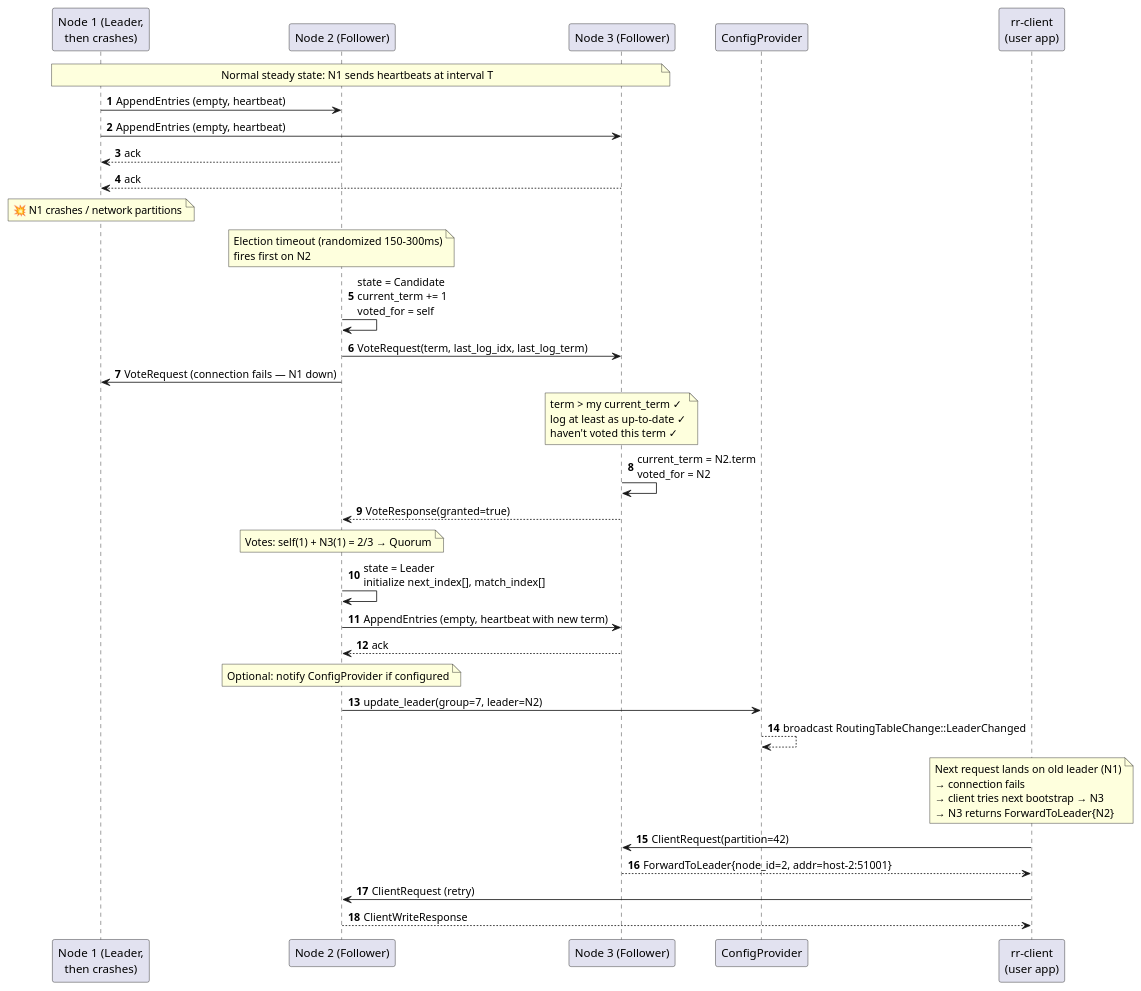
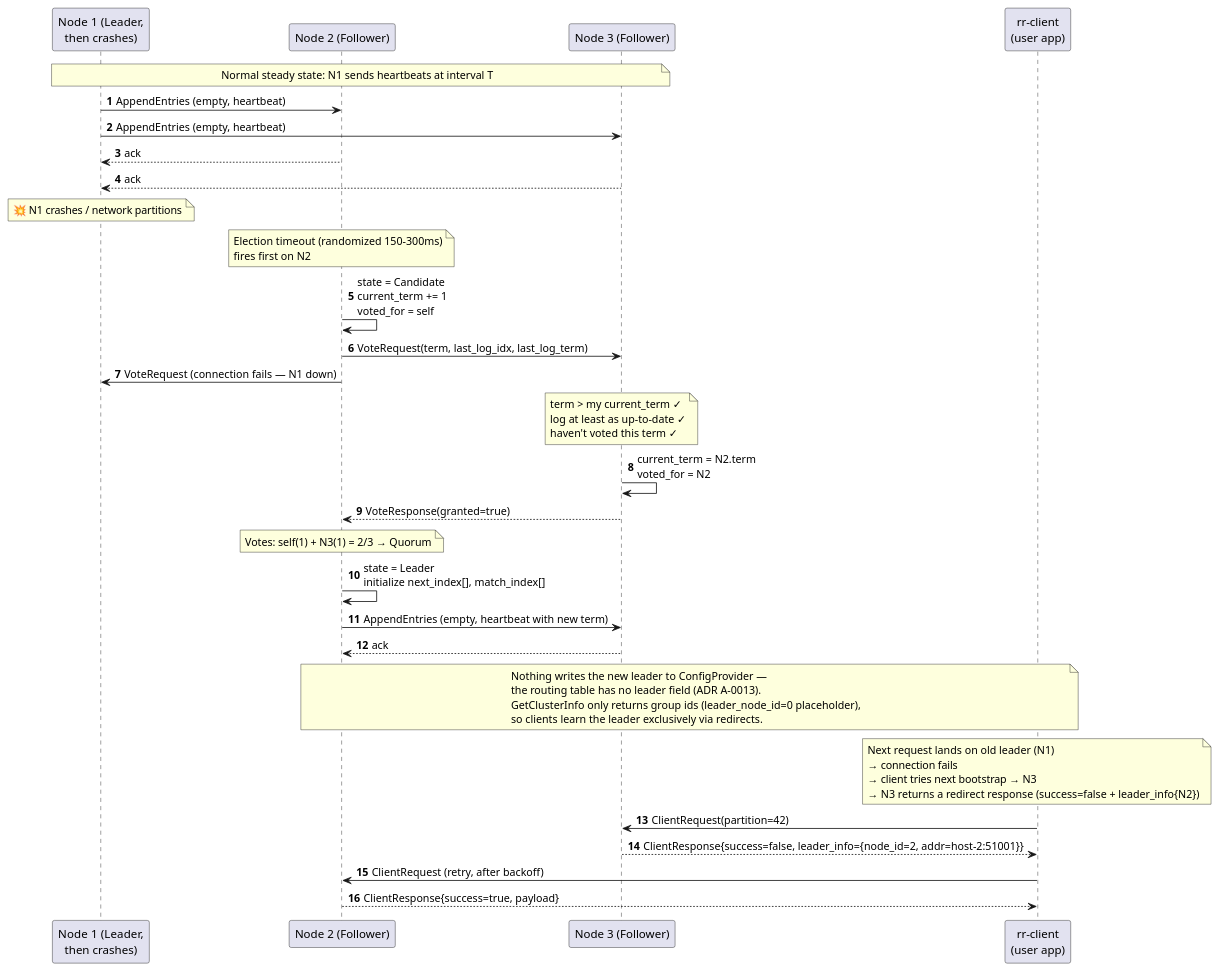
One commit to gardenias/rr changed the second of 3 diagrams in docs/docs/architecture/c4/dynamic-leader-election.md. Above: the diagram before and after it, drawn with PlantUML. The commit also changed other lines of this file and 18 other files, not shown here.

First line of the commit message:
docs(architecture): correct factual drift against current code

````diff
--- a/docs/docs/architecture/c4/dynamic-leader-election.md
+++ b/docs/docs/architecture/c4/dynamic-leader-election.md
@@ -51,43 +49,40 @@
 ```plantuml
 @startuml
 autonumber
 participant N1 as "Node 1 (Leader,\nthen crashes)"
 participant N2 as "Node 2 (Follower)"
 participant N3 as "Node 3 (Follower)"
-participant Cfg as "ConfigProvider"
 participant Client as "rr-client\n(user app)"
 
 note over N1, N3 : Normal steady state: N1 sends heartbeats at interval T
 N1 -> N2 : AppendEntries (empty, heartbeat)
 N1 -> N3 : AppendEntries (empty, heartbeat)
 N2 --> N1 : ack
 N3 --> N1 : ack
 
 note over N1 : 💥 N1 crashes / network partitions
 
 note over N2 : Election timeout (randomized 150-300ms)\nfires first on N2
 N2 -> N2 : state = Candidate\ncurrent_term += 1\nvoted_for = self
 N2 -> N3 : VoteRequest(term, last_log_idx, last_log_term)
 N2 -> N1 : VoteRequest (connection fails — N1 down)
 
 note over N3 : term > my current_term ✓\nlog at least as up-to-date ✓\nhaven't voted this term ✓
 N3 -> N3 : current_term = N2.term\nvoted_for = N2
 N3 --> N2 : VoteResponse(granted=true)
 
 note over N2 : Votes: self(1) + N3(1) = 2/3 → Quorum
 N2 -> N2 : state = Leader\ninitialize next_index[], match_index[]
 
 N2 -> N3 : AppendEntries (empty, heartbeat with new term)
 N3 --> N2 : ack
 
-note over N2 : Optional: notify ConfigProvider if configured
-N2 -> Cfg : update_leader(group=7, leader=N2)
-Cfg --> Cfg : broadcast RoutingTableChange::LeaderChanged
+note over N2, Client : Nothing writes the new leader to ConfigProvider —\nthe routing table has no leader field (ADR A-0013).\nGetClusterInfo only returns group ids (leader_node_id=0 placeholder),\nso clients learn the leader exclusively via redirects.
 
-note over Client : Next request lands on old leader (N1)\n→ connection fails\n→ client tries next bootstrap → N3\n→ N3 returns ForwardToLeader{N2}
+note over Client : Next request lands on old leader (N1)\n→ connection fails\n→ client tries next bootstrap → N3\n→ N3 returns a redirect response (success=false + leader_info{N2})
 Client -> N3 : ClientRequest(partition=42)
-N3 --> Client : ForwardToLeader{node_id=2, addr=host-2:51001}
-Client -> N2 : ClientRequest (retry)
-N2 --> Client : ClientWriteResponse
+N3 --> Client : ClientResponse{success=false, leader_info={node_id=2, addr=host-2:51001}}
+Client -> N2 : ClientRequest (retry, after backoff)
+N2 --> Client : ClientResponse{success=true, payload}
 @enduml
 ```
````
